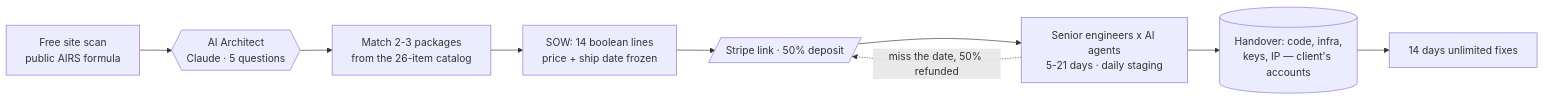
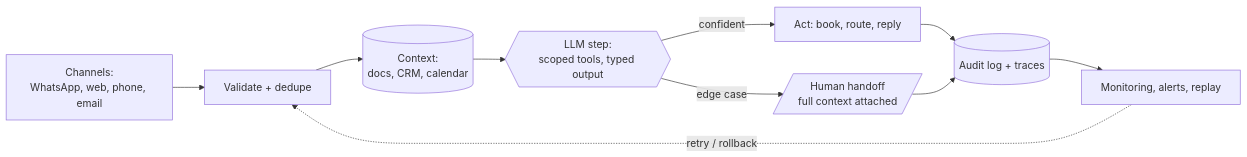
The diagram in README.md (DeriaL/DeriaL), drawn with Mermaid before and after one commit. The commit also changed other lines of this file, not shown here.

Commit message:
refactor: practitioner positioning — AI automation, AI, web + 3 projects

````diff
--- a/README.md
+++ b/README.md
@@ -129,11 +152,12 @@
 ```mermaid
 flowchart LR
-    SCAN["Free site scan<br/>public AIRS formula"] --> ARCH{{"AI Architect<br/>Claude · 5 questions"}}
-    ARCH --> MATCH["Match 2-3 packages<br/>from the 26-item catalog"]
-    MATCH --> SOW["SOW: 14 boolean lines<br/>price + ship date frozen"]
-    SOW --> PAY[/"Stripe link · 50% deposit"/]
-    PAY --> BUILD["Senior engineers x AI agents<br/>5-21 days · daily staging"]
-    BUILD --> HAND[("Handover: code, infra,<br/>keys, IP — client's accounts")]
-    HAND --> CARE["14 days unlimited fixes"]
-    BUILD -. "miss the date, 50% refunded" .-> PAY
+    IN["Channels:<br/>WhatsApp, web, phone, email"] --> V["Validate + dedupe"]
+    V --> CTX[("Context:<br/>docs, CRM, calendar")]
+    CTX --> LLM{{"LLM step:<br/>scoped tools, typed output"}}
+    LLM -->|confident| ACT["Act: book, route, reply"]
+    LLM -->|edge case| HUM[/"Human handoff<br/>full context attached"/]
+    ACT --> LOG[("Audit log + traces")]
+    HUM --> LOG
+    LOG --> MON["Monitoring, alerts, replay"]
+    MON -. "retry / rollback" .-> V
 ```
````
